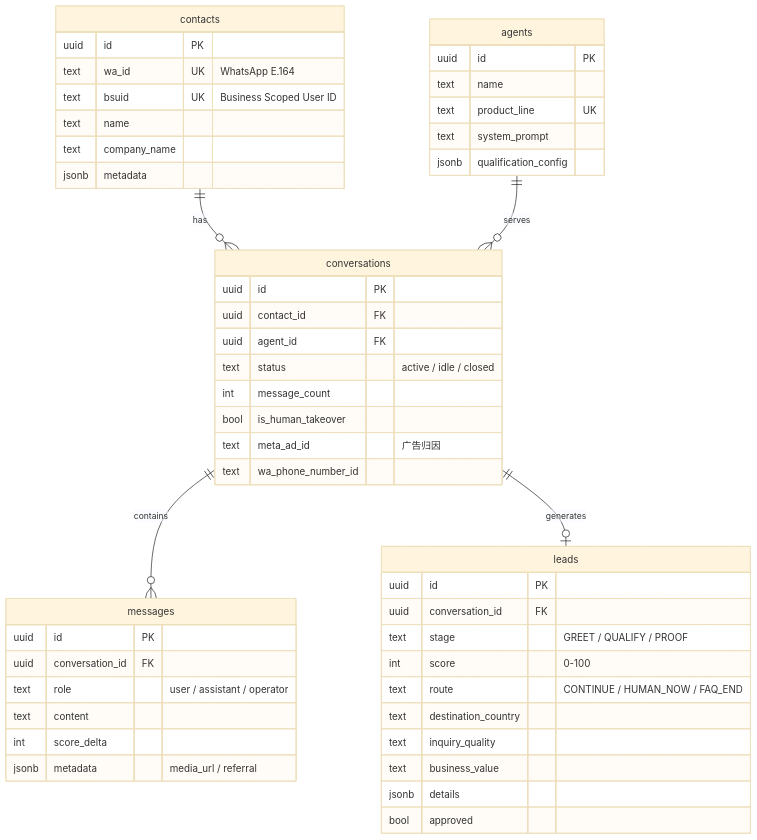
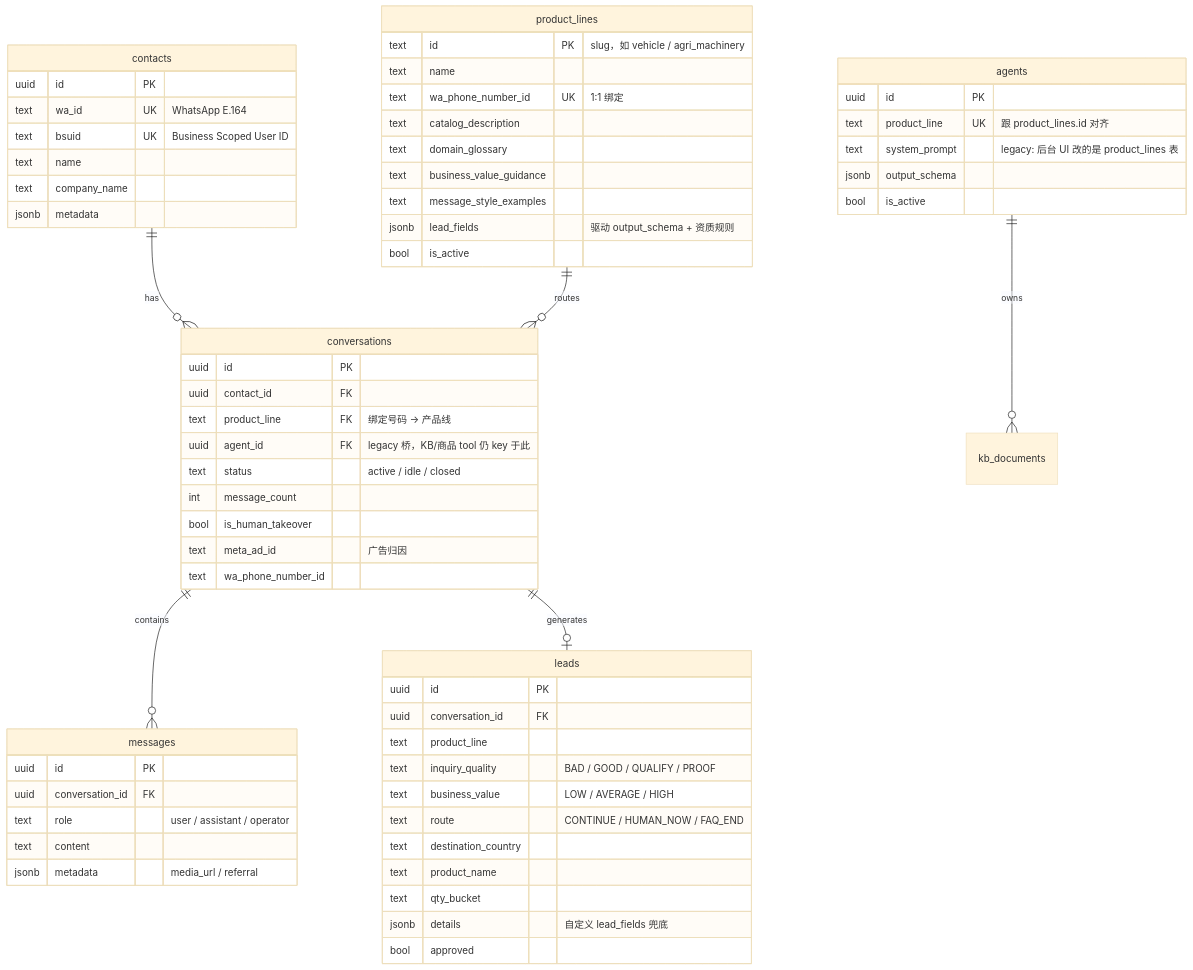
One commit to Sciiaok/xuqiu-bot changed the fifth of 12 diagrams in README.md. Above: the diagram before and after it, drawn with Mermaid (base theme). The commit also changed other lines of this file and 124 other files, not shown here.

````diff
--- a/README.md
+++ b/README.md
@@ -395,57 +414,71 @@
 ```mermaid
 erDiagram
     contacts ||--o{ conversations : has
     conversations ||--o{ messages : contains
     conversations ||--o| leads : generates
-    agents ||--o{ conversations : serves
+    product_lines ||--o{ conversations : routes
+    agents ||--o{ kb_documents : owns
 
     contacts {
         uuid id PK
         text wa_id UK "WhatsApp E.164"
         text bsuid UK "Business Scoped User ID"
         text name
         text company_name
         jsonb metadata
     }
 
     conversations {
         uuid id PK
         uuid contact_id FK
-        uuid agent_id FK
+        text product_line FK "绑定号码 → 产品线"
+        uuid agent_id FK "legacy 桥，KB/商品 tool 仍 key 于此"
         text status "active / idle / closed"
         int message_count
         bool is_human_takeover
         text meta_ad_id "广告归因"
         text wa_phone_number_id
     }
 
     messages {
         uuid id PK
         uuid conversation_id FK
         text role "user / assistant / operator"
         text content
-        int score_delta
         jsonb metadata "media_url / referral"
     }
 
     leads {
         uuid id PK
         uuid conversation_id FK
-        text stage "GREET / QUALIFY / PROOF"
-        int score "0-100"
+        text product_line
+        text inquiry_quality "BAD / GOOD / QUALIFY / PROOF"
+        text business_value "LOW / AVERAGE / HIGH"
         text route "CONTINUE / HUMAN_NOW / FAQ_END"
         text destination_country
-        text inquiry_quality
-        text business_value
-        jsonb details
+        text product_name
+        text qty_bucket
+        jsonb details "自定义 lead_fields 兜底"
         bool approved
+    }
+
+    product_lines {
+        text id PK "slug，如 vehicle / agri_machinery"
+        text name
+        text wa_phone_number_id UK "1:1 绑定"
+        text catalog_description
+        text domain_glossary
+        text business_value_guidance
+        text message_style_examples
+        jsonb lead_fields "驱动 output_schema + 资质规则"
+        bool is_active
     }
 
     agents {
         uuid id PK
-        text name
-        text product_line UK
-        text system_prompt
-        jsonb qualification_config
+        text product_line UK "跟 product_lines.id 对齐"
+        text system_prompt "legacy: 后台 UI 改的是 product_lines 表"
+        jsonb output_schema
+        bool is_active
     }
 ```
````
